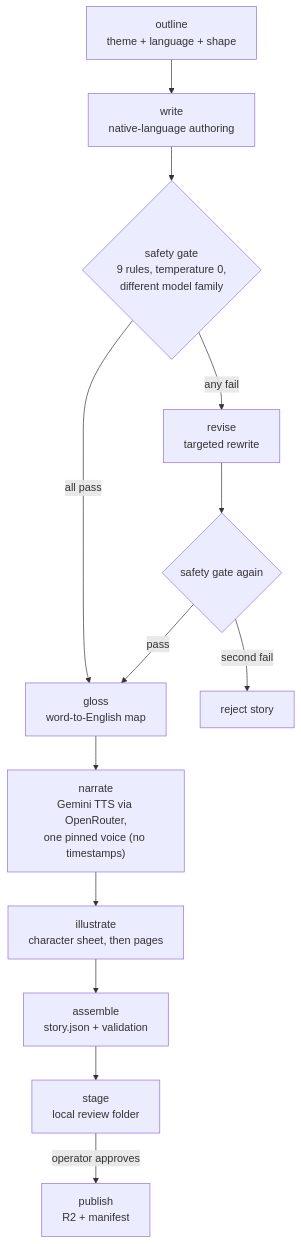
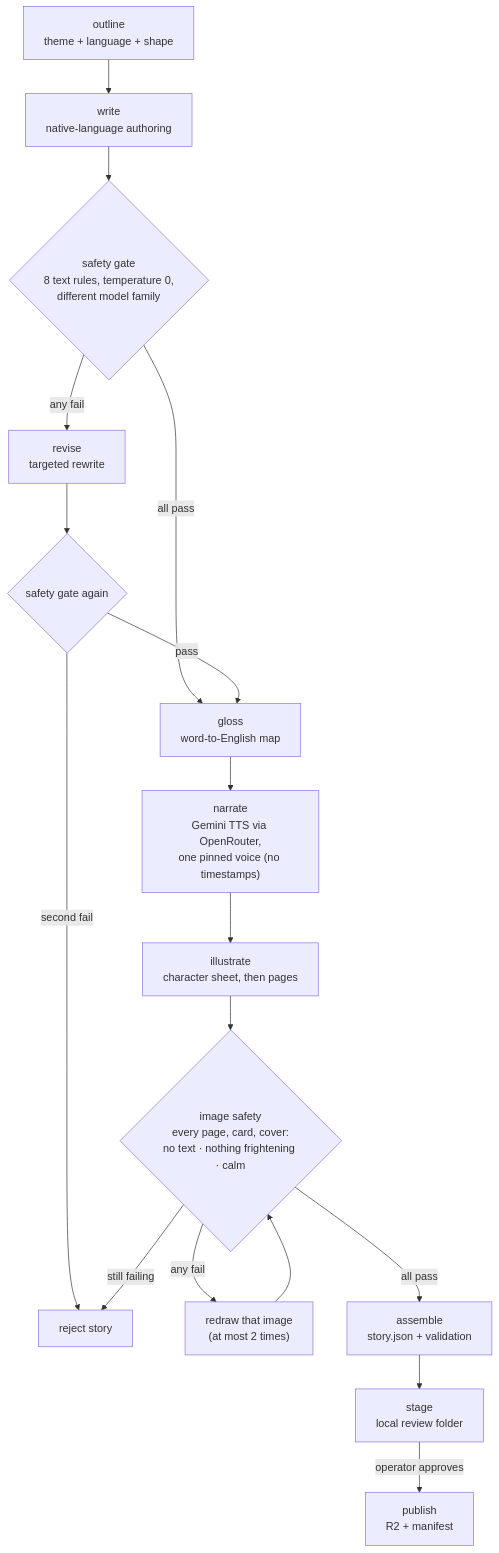
Before and after one commit to darth-dodo/cantastorie: the second of 2 diagrams in docs/architecture.md, drawn with Mermaid. The commit also changed other lines of this file and 22 other files, not shown here.

First line of the commit message:
fix(pipeline): judge rendered images with a cross-family vision model (B4, AI-476) (#110)

````diff
--- a/docs/architecture.md
+++ b/docs/architecture.md
@@ -141,15 +142,19 @@
 ```mermaid
 graph TD
     O["outline<br/>theme + language + shape"] --> W["write<br/>native-language authoring"]
-    W --> S{"safety gate<br/>9 rules, temperature 0,<br/>different model family"}
+    W --> S{"safety gate<br/>8 text rules, temperature 0,<br/>different model family"}
     S -- "all pass" --> G["gloss<br/>word-to-English map"]
     S -- "any fail" --> RV["revise<br/>targeted rewrite"]
     RV --> S2{"safety gate again"}
     S2 -- "pass" --> G
     S2 -- "second fail" --> X["reject story"]
     G --> N["narrate<br/>Gemini TTS via OpenRouter,<br/>one pinned voice (no timestamps)"]
     N --> I["illustrate<br/>character sheet, then pages"]
-    I --> A["assemble<br/>story.json + validation"]
+    I --> IS{"image safety<br/>every page, card, cover:<br/>no text · nothing frightening · calm"}
+    IS -- "any fail" --> RD["redraw that image<br/>(at most 2 times)"]
+    RD --> IS
+    IS -- "still failing" --> X
+    IS -- "all pass" --> A["assemble<br/>story.json + validation"]
     A --> ST["stage<br/>local review folder"]
     ST -- "operator approves" --> PB["publish<br/>R2 + manifest"]
 ```
````
